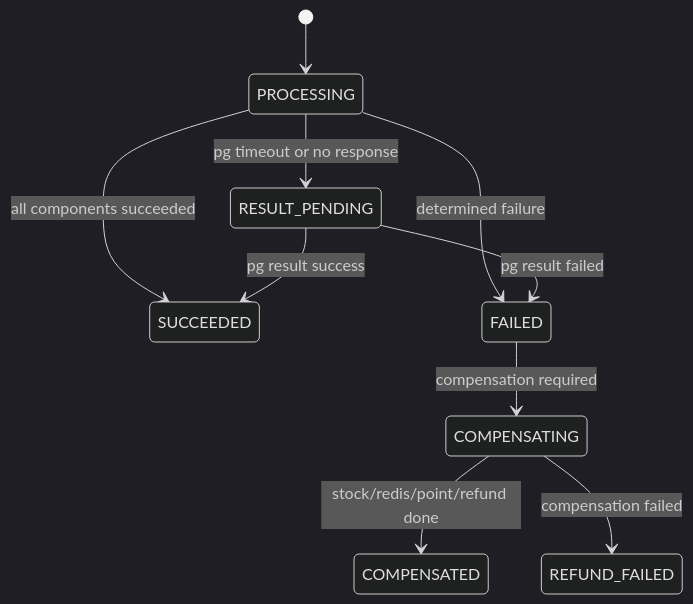
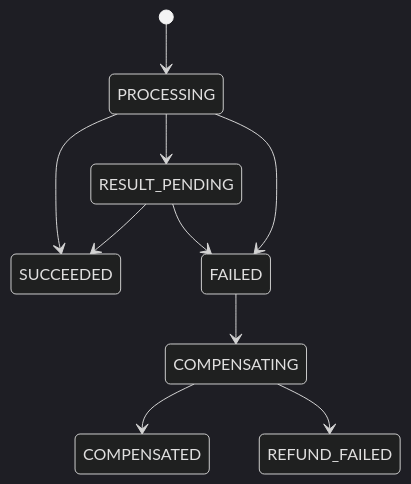
Before and after one commit to conagreen/hello-pani: the first of 3 diagrams in docs/DOMAIN.md, drawn with Mermaid (dark theme). The commit also changed other lines of this file and 4 other files, not shown here.

````diff
--- a/docs/DOMAIN.md
+++ b/docs/DOMAIN.md
@@ -430,12 +211,12 @@
 ```mermaid
 stateDiagram-v2
     [*] --> PROCESSING
-    PROCESSING --> SUCCEEDED: all components succeeded
-    PROCESSING --> FAILED: determined failure
-    PROCESSING --> RESULT_PENDING: pg timeout or no response
-    RESULT_PENDING --> SUCCEEDED: pg result success
-    RESULT_PENDING --> FAILED: pg result failed
-    FAILED --> COMPENSATING: compensation required
-    COMPENSATING --> COMPENSATED: stock/redis/point/refund done
-    COMPENSATING --> REFUND_FAILED: compensation failed
+    PROCESSING --> SUCCEEDED
+    PROCESSING --> RESULT_PENDING
+    PROCESSING --> FAILED
+    RESULT_PENDING --> SUCCEEDED
+    RESULT_PENDING --> FAILED
+    FAILED --> COMPENSATING
+    COMPENSATING --> COMPENSATED
+    COMPENSATING --> REFUND_FAILED
 ```
````
